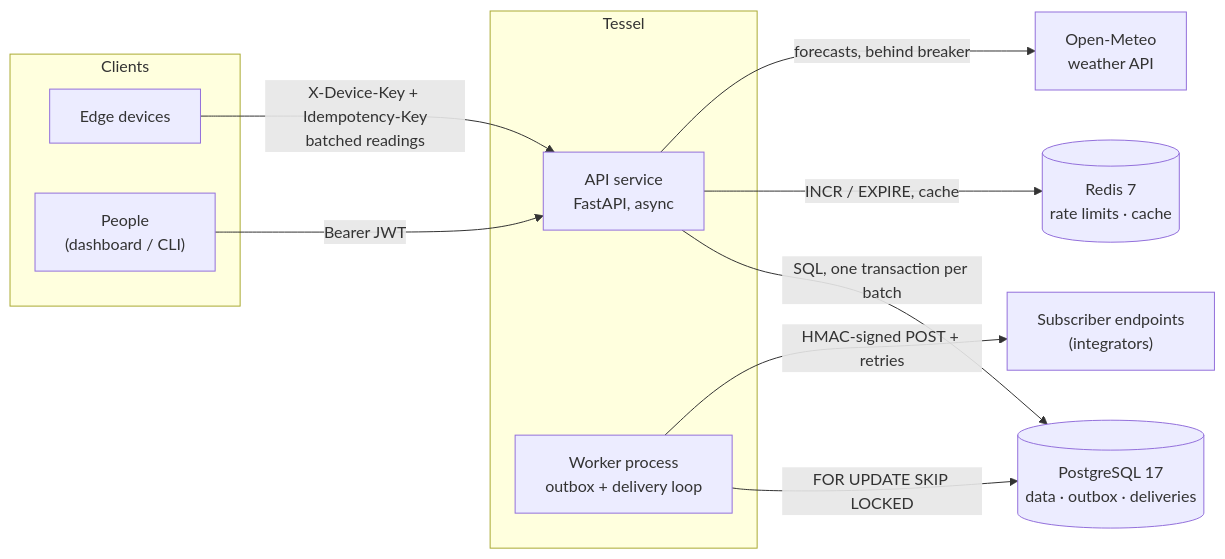
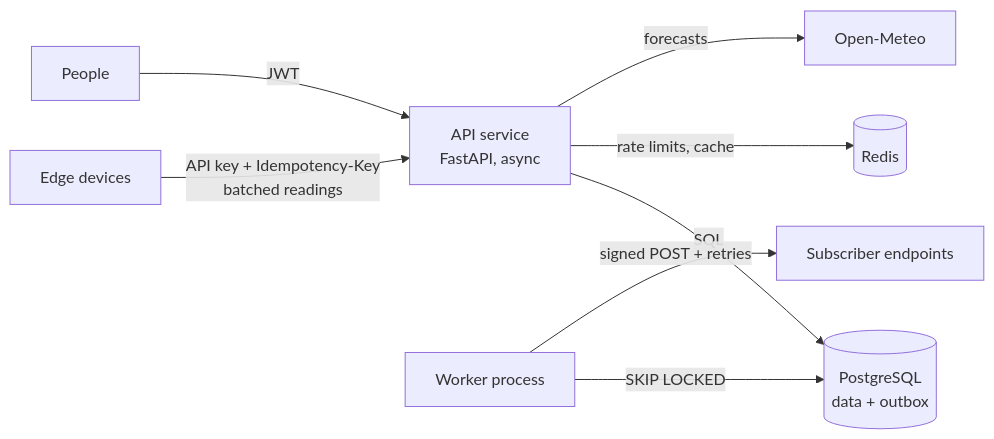
Before and after one commit to sdukea/tessel: the first of 3 diagrams in README.md, drawn with Mermaid. The commit also changed other lines of this file, not shown here.

````diff
--- a/README.md
+++ b/README.md
@@ -93,25 +42,10 @@
 ```mermaid
 flowchart LR
-    subgraph Clients
-        D["Edge devices"]
-        U["People<br/>(dashboard / CLI)"]
-    end
-
-    subgraph Tessel
-        API["API service<br/>FastAPI, async"]
-        W["Worker process<br/>outbox + delivery loop"]
-    end
-
-    PG[("PostgreSQL 17<br/>data · outbox · deliveries")]
-    R[("Redis 7<br/>rate limits · cache")]
-    OM["Open-Meteo<br/>weather API"]
-    S["Subscriber endpoints<br/>(integrators)"]
-
-    D -- "X-Device-Key + Idempotency-Key<br/>batched readings" --> API
-    U -- "Bearer JWT" --> API
-    API -- "SQL, one transaction per batch" --> PG
-    API -- "INCR / EXPIRE, cache" --> R
-    API -- "forecasts, behind breaker" --> OM
-    W -- "FOR UPDATE SKIP LOCKED" --> PG
-    W -- "HMAC-signed POST + retries" --> S
+    D["Edge devices"] -- "API key + Idempotency-Key<br/>batched readings" --> API["API service<br/>FastAPI, async"]
+    U["People"] -- "JWT" --> API
+    API -- "SQL" --> PG[("PostgreSQL<br/>data + outbox")]
+    API -- "rate limits, cache" --> R[("Redis")]
+    API -- "forecasts" --> OM["Open-Meteo"]
+    W["Worker process"] -- "SKIP LOCKED" --> PG
+    W -- "signed POST + retries" --> S["Subscriber endpoints"]
 ```
````
